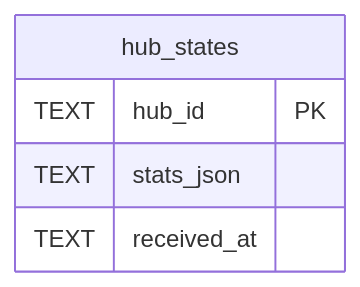
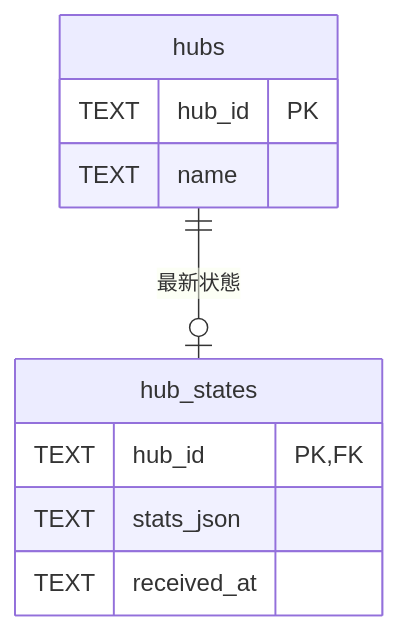
The fourth of 4 diagrams in docs/architecture.md (nuitsjp/token-monitor-analytics), drawn with Mermaid before and after one commit. The commit also changed other lines of this file and 3 other files, not shown here.

````diff
--- a/docs/architecture.md
+++ b/docs/architecture.md
@@ -96,8 +101,13 @@
 ```mermaid
 erDiagram
+  hubs ||--o| hub_states : "最新状態"
+  hubs {
+    TEXT hub_id PK
+    TEXT name
+  }
   hub_states {
-    TEXT hub_id PK
+    TEXT hub_id PK,FK
     TEXT stats_json
     TEXT received_at
   }
 ```
````
